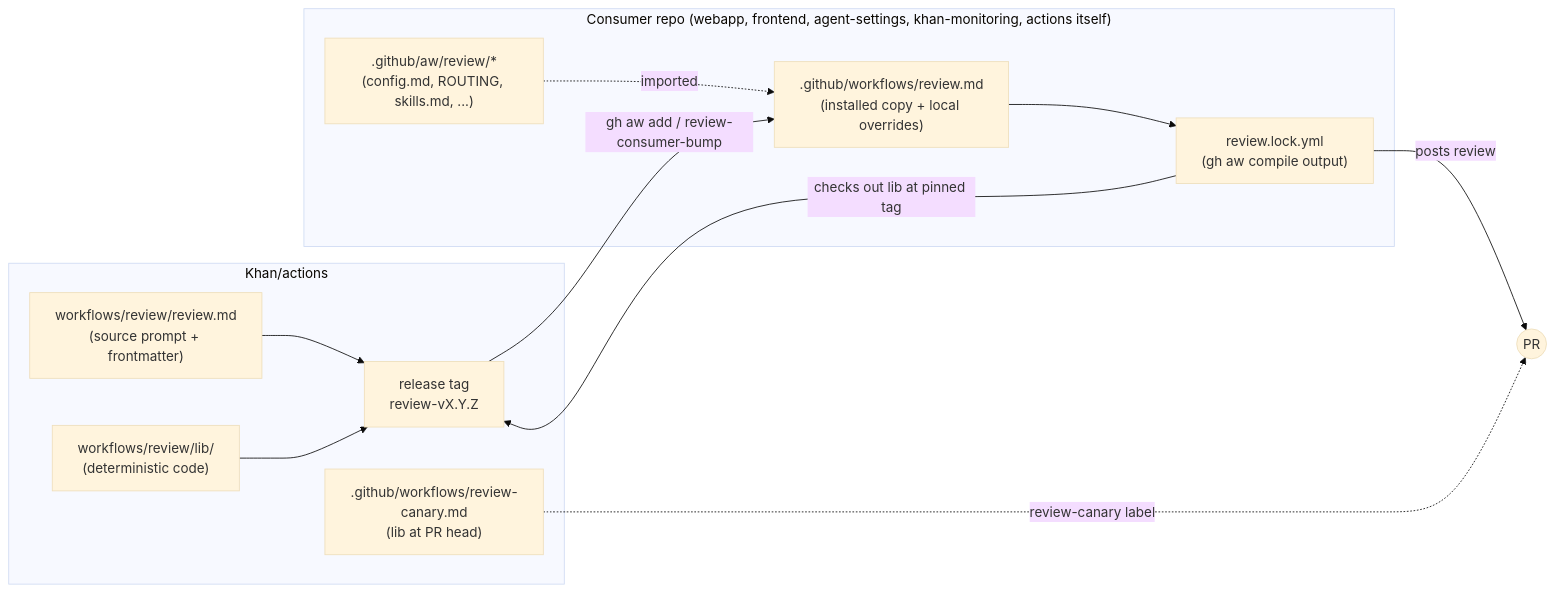
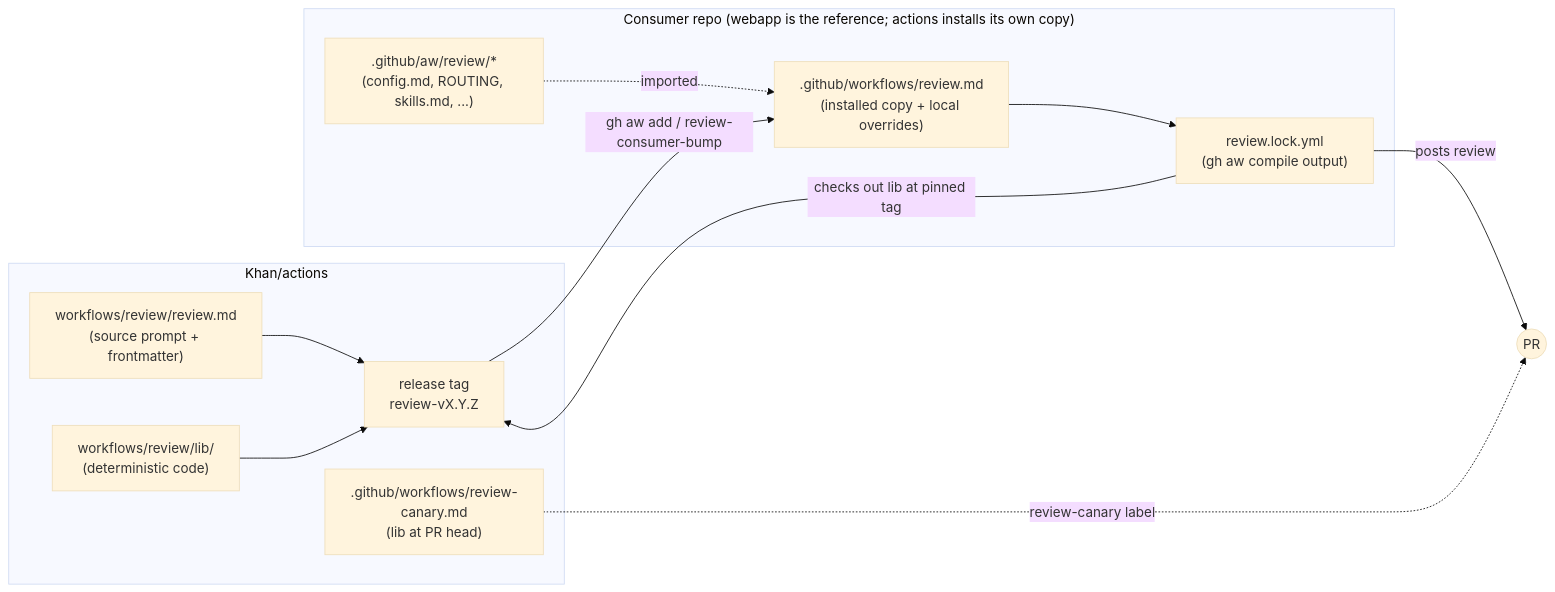
Before and after one commit to Khan/actions: the first of 6 diagrams in workflows/review/SPEC.md, drawn with Mermaid (base theme). The commit also changed other lines of this file, not shown here.

Commit message:
review spec: drop point-in-time version and consumer claims

````diff
--- a/workflows/review/SPEC.md
+++ b/workflows/review/SPEC.md
@@ -97,22 +95,22 @@
 ```mermaid
 flowchart LR
     subgraph actions["Khan/actions"]
         src["workflows/review/review.md<br/>(source prompt + frontmatter)"]
         lib["workflows/review/lib/<br/>(deterministic code)"]
         tag["release tag<br/>review-vX.Y.Z"]
         canary[".github/workflows/review-canary.md<br/>(lib at PR head)"]
         src --> tag
         lib --> tag
     end
-    subgraph consumer["Consumer repo (webapp, frontend, agent-settings, khan-monitoring, actions itself)"]
+    subgraph consumer["Consumer repo (webapp is the reference; actions installs its own copy)"]
         inst[".github/workflows/review.md<br/>(installed copy + local overrides)"]
         lock["review.lock.yml<br/>(gh aw compile output)"]
         cfg[".github/aw/review/*<br/>(config.md, ROUTING, skills.md, ...)"]
         inst --> lock
         cfg -. imported .-> inst
     end
     tag -- "gh aw add / review-consumer-bump" --> inst
     lock -- "checks out lib at pinned tag" --> tag
     lock -- "posts review" --> pr(("PR"))
     canary -. "review-canary label" .-> pr
 ```
````
